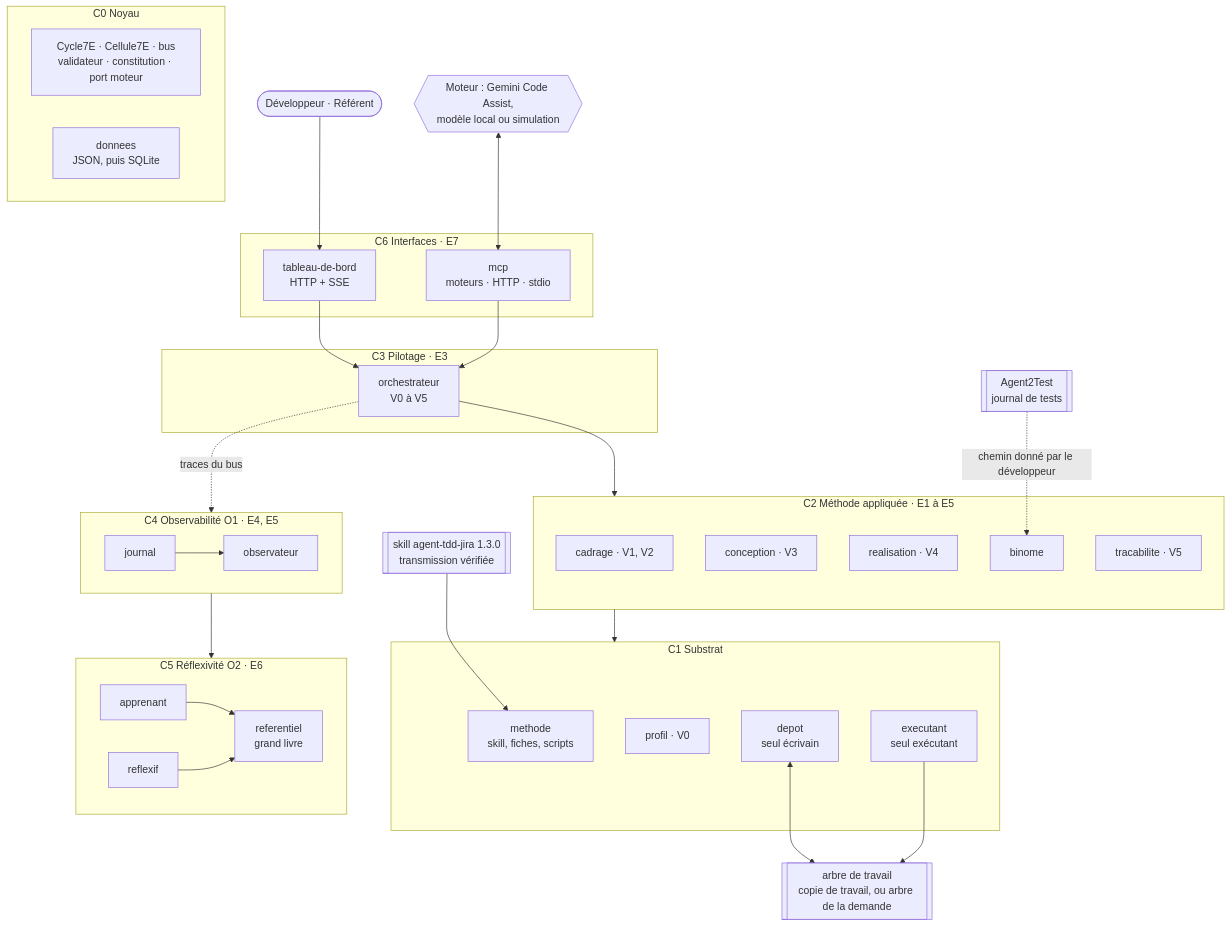
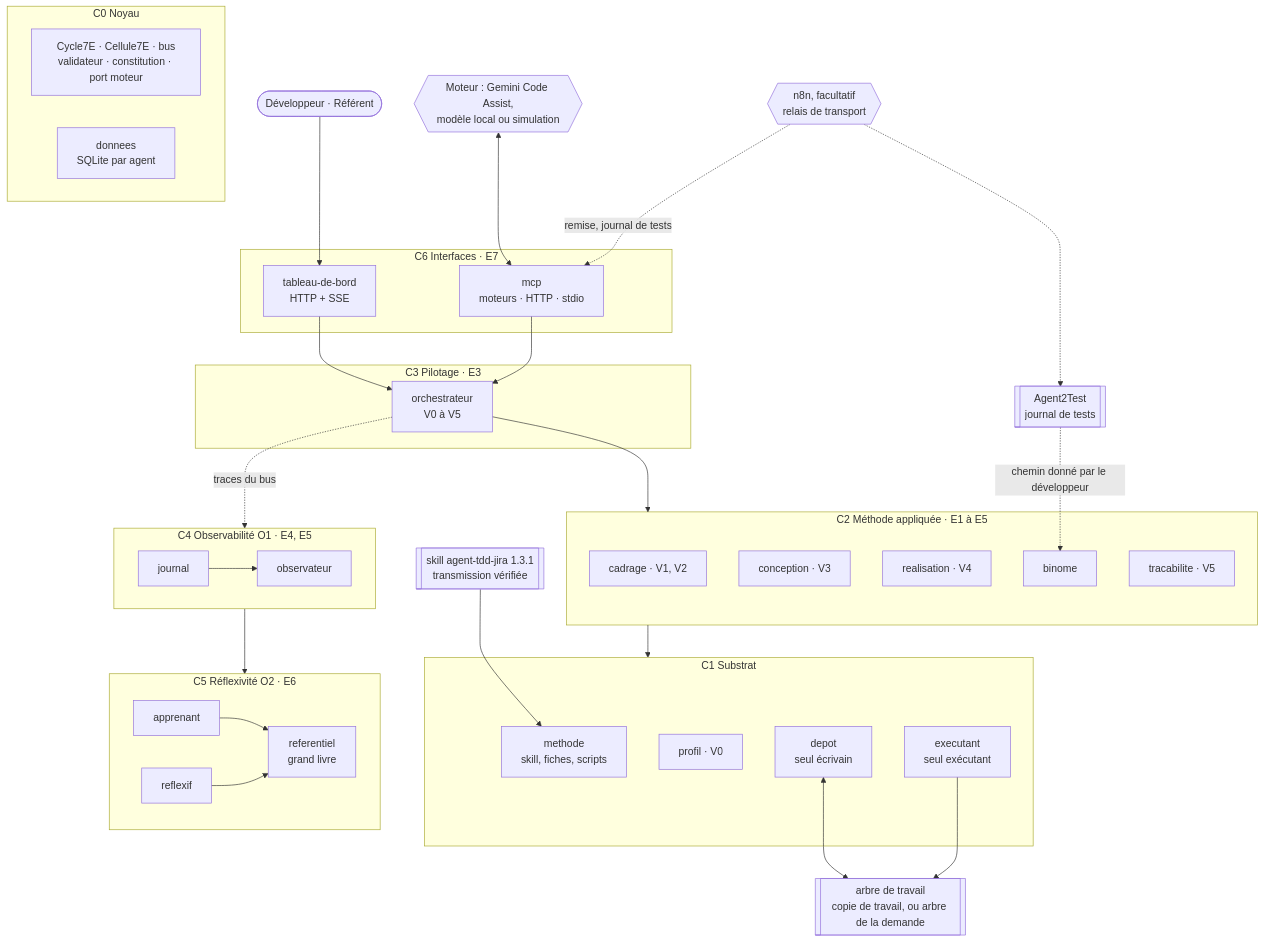
One commit to FredGarcia/Agent2Prompt changed the diagram in specs/agent2dev/SKILL.md. Above: the diagram before and after it, drawn with Mermaid. The commit also changed other lines of this file and 43 other files, not shown here.

````diff
--- a/specs/agent2dev/SKILL.md
+++ b/specs/agent2dev/SKILL.md
@@ -67,51 +69,54 @@
 ```mermaid
 flowchart TB
   DEV(["Développeur · Référent"])
   GEM{{"Moteur : Gemini Code Assist,<br/>modèle local ou simulation"}}
-  SK[["skill agent-tdd-jira 1.3.0<br/>transmission vérifiée"]]
+  SK[["skill agent-tdd-jira 1.3.1<br/>transmission vérifiée"]]
   A2T[["Agent2Test<br/>journal de tests"]]
+  REL{{"n8n, facultatif<br/>relais de transport"}}
   subgraph C6["C6 Interfaces · E7"]
     TDB["tableau-de-bord<br/>HTTP + SSE"]
     MCP["mcp<br/>moteurs · HTTP · stdio"]
   end
   subgraph C3["C3 Pilotage · E3"]
     ORC["orchestrateur<br/>V0 à V5"]
   end
   subgraph C2["C2 Méthode appliquée · E1 à E5"]
     CAD["cadrage · V1, V2"]
     CON["conception · V3"]
     REA["realisation · V4"]
     BIN["binome"]
     TRA["tracabilite · V5"]
   end
   subgraph C1["C1 Substrat"]
     MET["methode<br/>skill, fiches, scripts"]
     PRO["profil · V0"]
     DEP["depot<br/>seul écrivain"]
     EXE["executant<br/>seul exécutant"]
   end
   subgraph C0["C0 Noyau"]
     K["Cycle7E · Cellule7E · bus<br/>validateur · constitution · port moteur"]
-    DON["donnees<br/>JSON, puis SQLite"]
+    DON["donnees<br/>SQLite par agent"]
   end
   subgraph C4["C4 Observabilité O1 · E4, E5"]
     JRN["journal"] --> OBS["observateur"]
   end
   subgraph C5["C5 Réflexivité O2 · E6"]
     APP["apprenant"] --> REF["referentiel<br/>grand livre"]
     RFX["reflexif"] --> REF
   end
   PROJ[["arbre de travail<br/>copie de travail, ou arbre de la demande"]]
   DEV --> TDB
   GEM <--> MCP
   TDB --> ORC
   MCP --> ORC
   ORC --> C2
   C2 --> C1
   SK --> MET
   A2T -.->|"chemin donné par le développeur"| BIN
+  REL -.->|"remise, journal de tests"| MCP
+  REL -.-> A2T
   DEP <--> PROJ
   EXE --> PROJ
   ORC -.->|"traces du bus"| C4
   C4 --> C5
 ```
````
